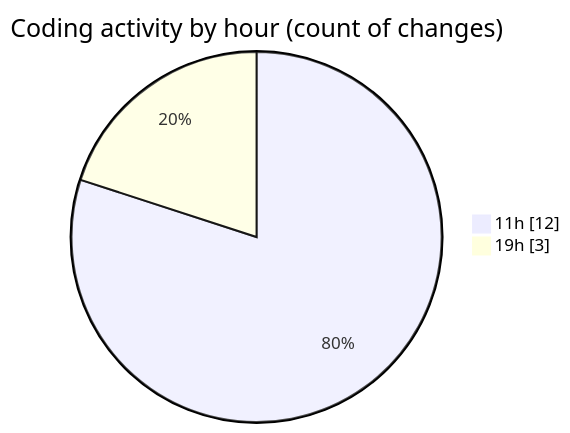
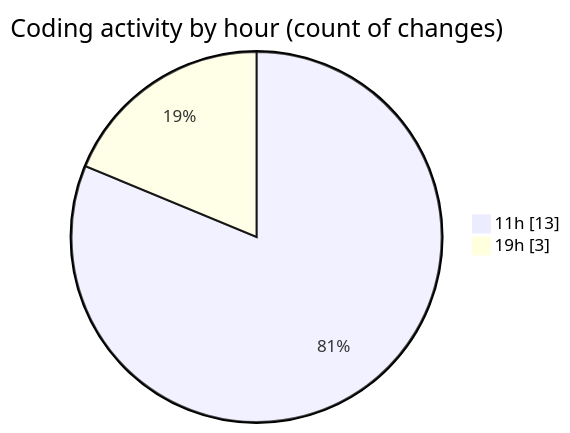
The second of 2 diagrams in 2025-12-14/nxtqube_webapp/README.md (nxtqubesakshisongat/code-tracking), drawn with Mermaid before and after one commit. The commit also changed other lines of this file and 1 other file, not shown here.

````diff
--- a/2025-12-14/nxtqube_webapp/README.md
+++ b/2025-12-14/nxtqube_webapp/README.md
@@ -31,6 +31,6 @@
 ```mermaid
 pie showData
 title Coding activity by hour (count of changes)
-"11h" : 12
+"11h" : 13
 "19h" : 3
 ```
````
